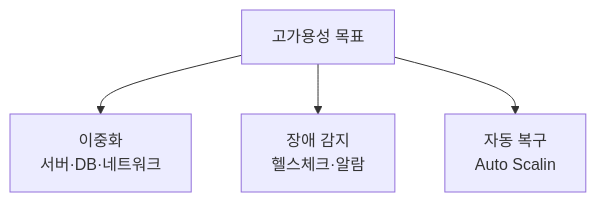
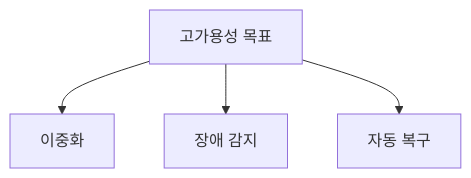
One commit to yjkim2015/yjkim2015.github.io changed the second of 17 diagrams in _posts/systemdesign/2026-05-02-system-design-fundamentals.md. Above: the diagram before and after it, drawn with Mermaid. The commit also changed other lines of this file and 217 other files, not shown here.

First line of the commit message:
Mermaid 크기 수정: useMaxWidth:true + SVG max-width:100% + 라벨 축소

````diff
--- a/_posts/systemdesign/2026-05-02-system-design-fundamentals.md
+++ b/_posts/systemdesign/2026-05-02-system-design-fundamentals.md
@@ -116,6 +116,6 @@
 ```mermaid
 graph TD
-    A["고가용성 목표"] --> B["이중화\n서버·DB·네트워크"]
-    A --> C["장애 감지\n헬스체크·알람"]
-    A --> D["자동 복구\nAuto Scalin"]
+    A["고가용성 목표"] --> B["이중화"]
+    A --> C["장애 감지"]
+    A --> D["자동 복구"]
 ```
````
